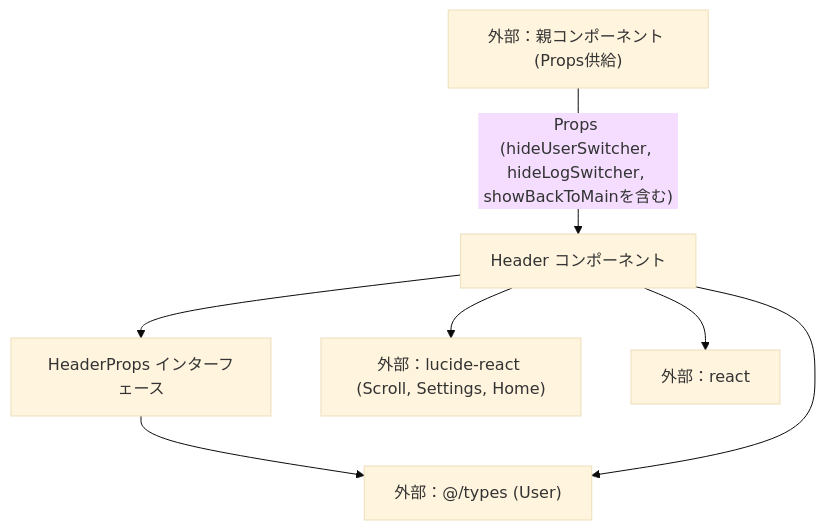
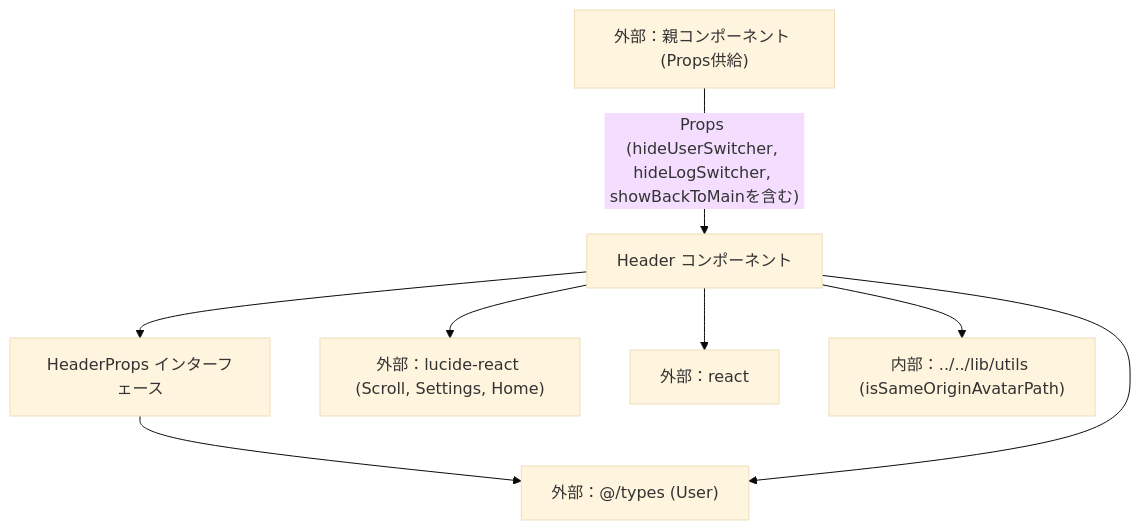
One commit to mmtigers/my_python_project changed the second of 2 diagrams in docs/specifications/family-quest/src/components/layout/Header.md. Above: the diagram before and after it, drawn with Mermaid (base theme). The commit also changed other lines of this file and 18 other files, not shown here.

````diff
--- a/docs/specifications/family-quest/src/components/layout/Header.md
+++ b/docs/specifications/family-quest/src/components/layout/Header.md
@@ -120,16 +124,18 @@
 ```mermaid
 graph TD
     Header["Header コンポーネント"]
     HeaderProps["HeaderProps インターフェース"]
     Types_User["外部：@/types (User)"]
     Lucide["外部：lucide-react (Scroll, Settings, Home)"]
     React["外部：react"]
+    Utils["内部：../../lib/utils (isSameOriginAvatarPath)"]
     Parent["外部：親コンポーネント (Props供給)"]
 
     Header --> HeaderProps
     HeaderProps --> Types_User
     Header --> Types_User
     Header --> Lucide
     Header --> React
+    Header --> Utils
     Parent -->|"Props (hideUserSwitcher, hideLogSwitcher, showBackToMainを含む)"| Header
 ```
````
